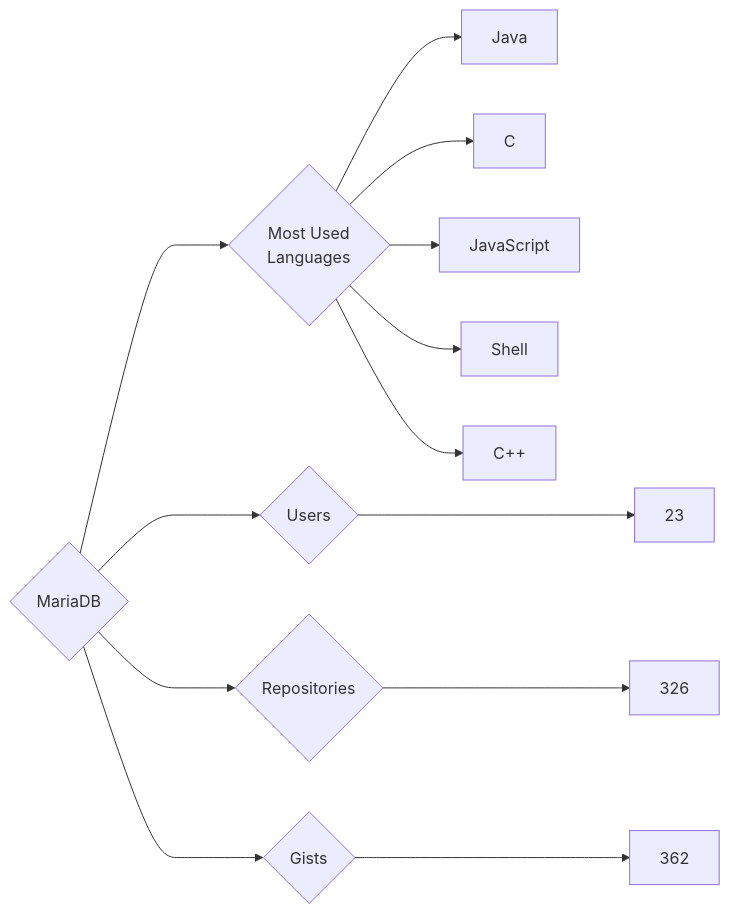
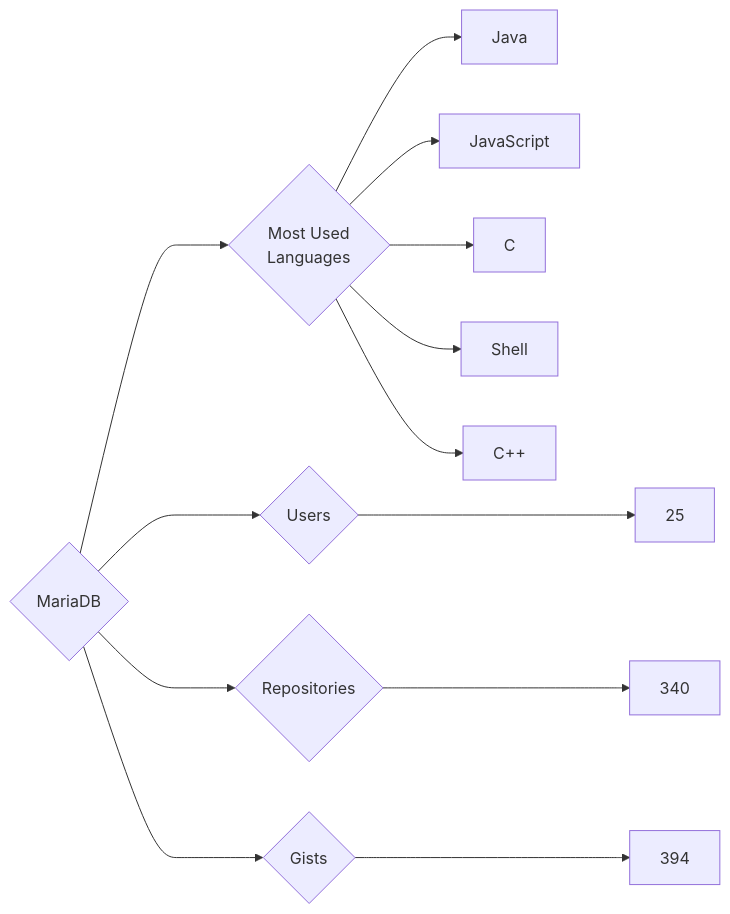
Before and after one commit to trickest/insiders: the diagram in targets/MariaDB/README.md, drawn with Mermaid. The commit also changed 1508 other files, not shown here.

````diff
--- a/targets/MariaDB/README.md
+++ b/targets/MariaDB/README.md
@@ -3,13 +3,13 @@
 ```mermaid
 graph LR
 COMPANY_NAME{MariaDB}
-COMPANY_NAME ---> U{Users} ---> UN[23]
-COMPANY_NAME ---> R{Repositories} ---> RN[326]
-COMPANY_NAME ---> G{Gists} ---> GN[362]
+COMPANY_NAME ---> U{Users} ---> UN[25]
+COMPANY_NAME ---> R{Repositories} ---> RN[340]
+COMPANY_NAME ---> G{Gists} ---> GN[394]
 COMPANY_NAME ---> ML{Most Used<br>Languages}
 ML --> Java[Java]
+ML --> JavaScript[JavaScript]
 ML --> C[C]
-ML --> JavaScript[JavaScript]
 ML --> Shell[Shell]
 ML --> C++[C++]
 ```
````
